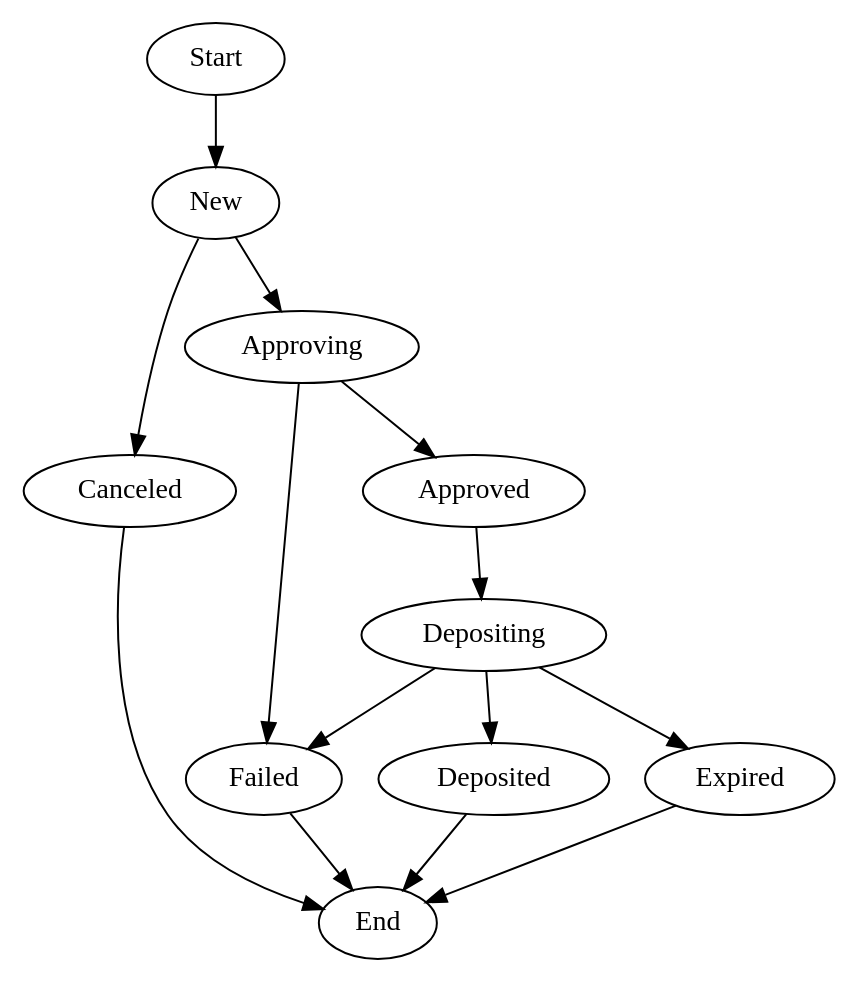
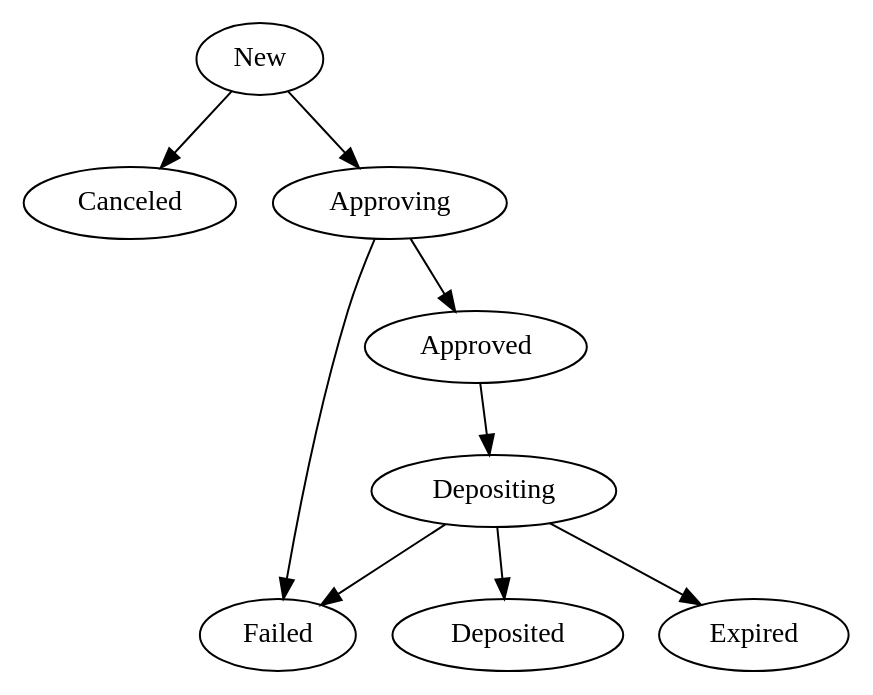
One commit to schmittjoh/JMSPaymentCoreBundle changed the second of 3 diagrams in Resources/doc/model.rst. Above: the diagram before and after it, drawn with Graphviz. The commit also changed other lines of this file and 4 other files, not shown here.

```diff
--- a/Resources/doc/model.rst
+++ b/Resources/doc/model.rst
@@ -31,20 +28,13 @@
 .. digraph:: Payment_State_Flow
-
-    "Start" -> "New";
 
     "New" -> "Canceled"
     "New" -> "Approving"
 
     "Approving" -> "Approved"
     "Approving" -> "Failed"
 
     "Approved" -> "Depositing"
 
     "Depositing" -> "Deposited"
     "Depositing" -> "Expired"
     "Depositing" -> "Failed"
-
-    "Canceled" -> "End"
-    "Failed" -> "End"
-    "Expired" -> "End"
-    "Deposited" -> "End"
```
